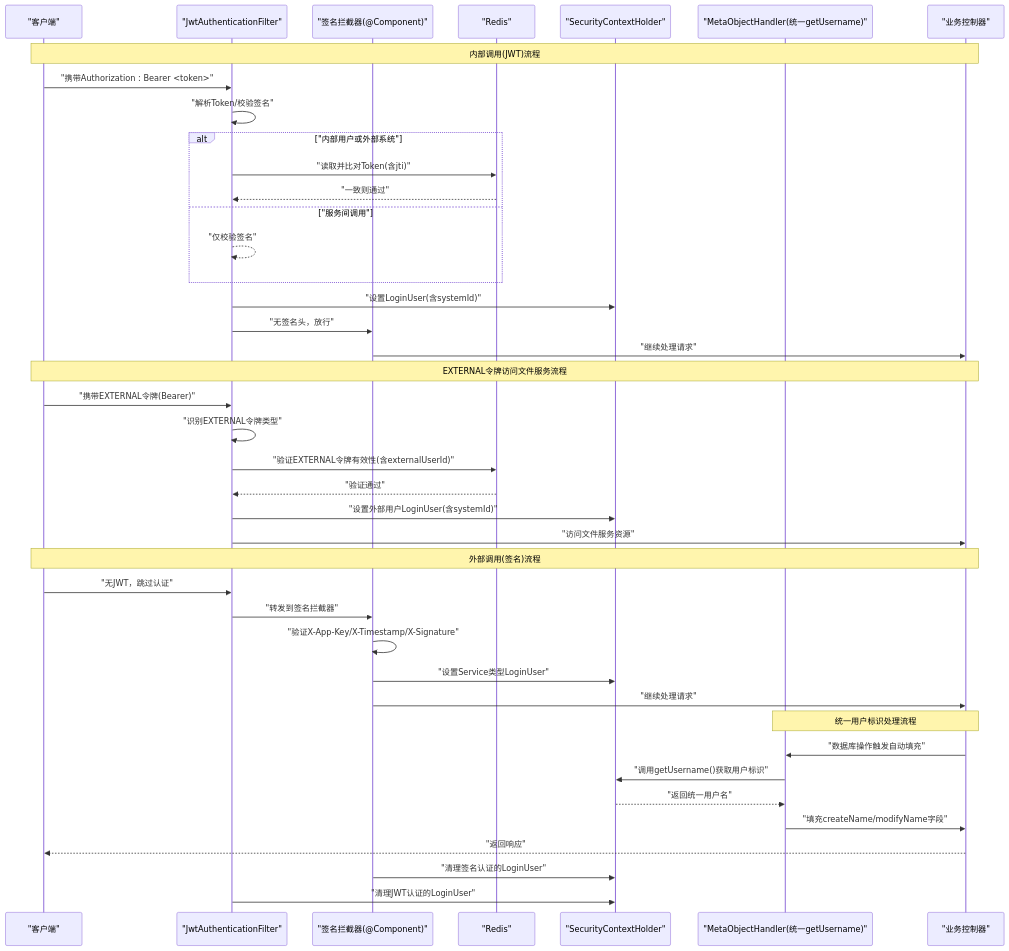
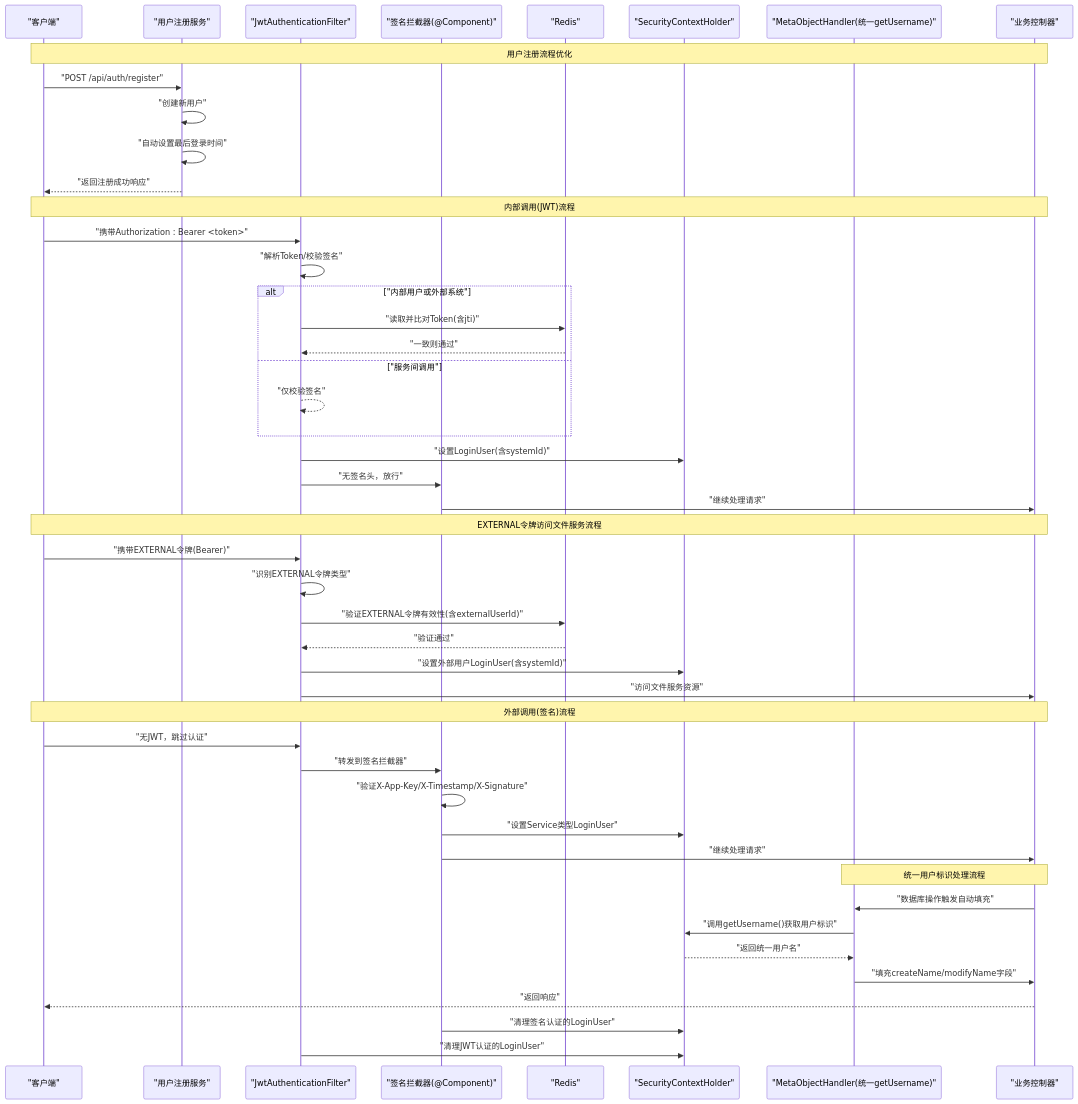
One commit to DrunkFood/First changed the second of 16 diagrams in .qoder/repowiki/zh/content/后端服务/公共模块 (ele-ai-tender-common)/安全认证与授权.md. Above: the diagram before and after it, drawn with Mermaid. The commit also changed other lines of this file and 103 other files, not shown here.

````diff
--- a/.qoder/repowiki/zh/content/后端服务/公共模块 (ele-ai-tender-common)/安全认证与授权.md
+++ b/.qoder/repowiki/zh/content/后端服务/公共模块 (ele-ai-tender-common)/安全认证与授权.md
@@ -178,43 +189,49 @@
 ```mermaid
 sequenceDiagram
 participant Client as "客户端"
+participant RegService as "用户注册服务"
 participant JwtFilter as "JwtAuthenticationFilter"
 participant SigIntercept as "签名拦截器(@Component)"
 participant Redis as "Redis"
 participant Ctx as "SecurityContextHolder"
 participant MetaHandler as "MetaObjectHandler(统一getUsername)"
 participant Controller as "业务控制器"
+Note over Client,Controller : 用户注册流程优化
+Client->>RegService : "POST /api/auth/register"
+RegService->>RegService : "创建新用户"
+RegService->>RegService : "自动设置最后登录时间"
+RegService-->>Client : "返回注册成功响应"
 Note over Client,Controller : 内部调用(JWT)流程
 Client->>JwtFilter : "携带Authorization : Bearer <token>"
 JwtFilter->>JwtFilter : "解析Token/校验签名"
 alt "内部用户或外部系统"
 JwtFilter->>Redis : "读取并比对Token(含jti)"
 Redis-->>JwtFilter : "一致则通过"
 else "服务间调用"
 JwtFilter-->>JwtFilter : "仅校验签名"
 end
 JwtFilter->>Ctx : "设置LoginUser(含systemId)"
 JwtFilter->>SigIntercept : "无签名头，放行"
 SigIntercept->>Controller : "继续处理请求"
 Note over Client,Controller : EXTERNAL令牌访问文件服务流程
 Client->>JwtFilter : "携带EXTERNAL令牌(Bearer)"
 JwtFilter->>JwtFilter : "识别EXTERNAL令牌类型"
 JwtFilter->>Redis : "验证EXTERNAL令牌有效性(含externalUserId)"
 Redis-->>JwtFilter : "验证通过"
 JwtFilter->>Ctx : "设置外部用户LoginUser(含systemId)"
 JwtFilter->>Controller : "访问文件服务资源"
 Note over Client,Controller : 外部调用(签名)流程
 Client->>JwtFilter : "无JWT，跳过认证"
 JwtFilter->>SigIntercept : "转发到签名拦截器"
 SigIntercept->>SigIntercept : "验证X-App-Key/X-Timestamp/X-Signature"
 SigIntercept->>Ctx : "设置Service类型LoginUser"
 SigIntercept->>Controller : "继续处理请求"
 Note over MetaHandler,Controller : 统一用户标识处理流程
 Controller->>MetaHandler : "数据库操作触发自动填充"
 MetaHandler->>Ctx : "调用getUsername()获取用户标识"
 Ctx-->>MetaHandler : "返回统一用户名"
 MetaHandler->>Controller : "填充createName/modifyName字段"
 Controller-->>Client : "返回响应"
 SigIntercept->>Ctx : "清理签名认证的LoginUser"
 JwtFilter->>Ctx : "清理JWT认证的LoginUser"
 ```
````
